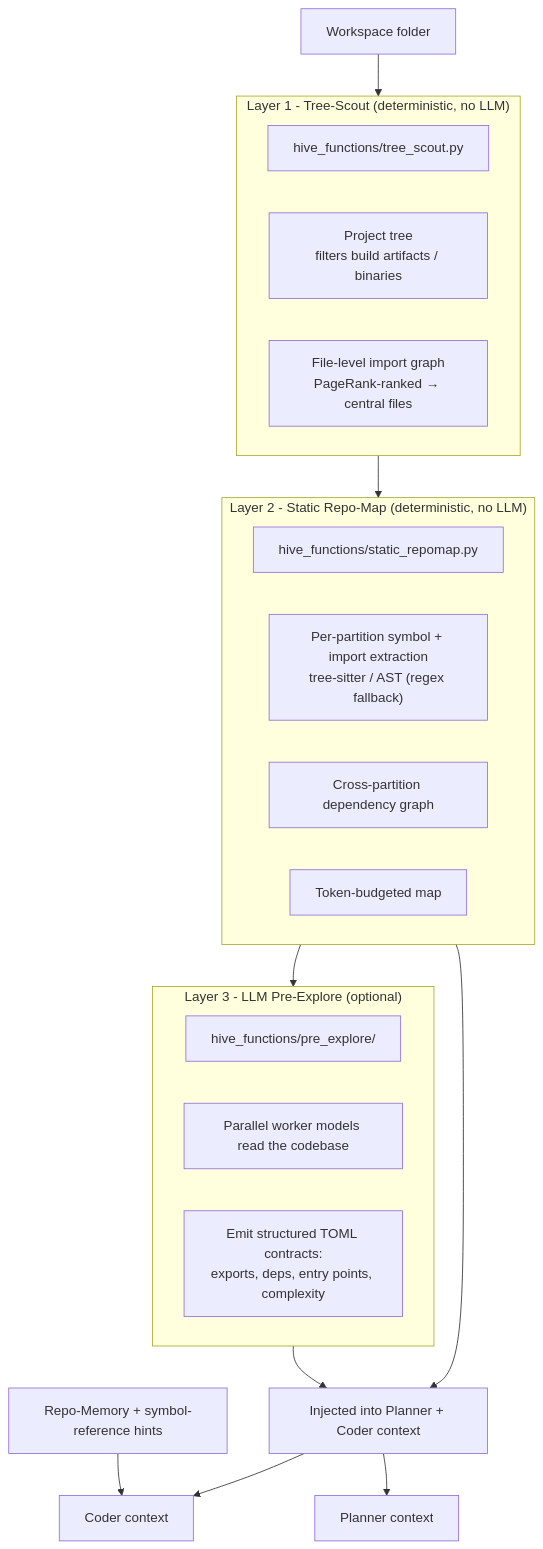
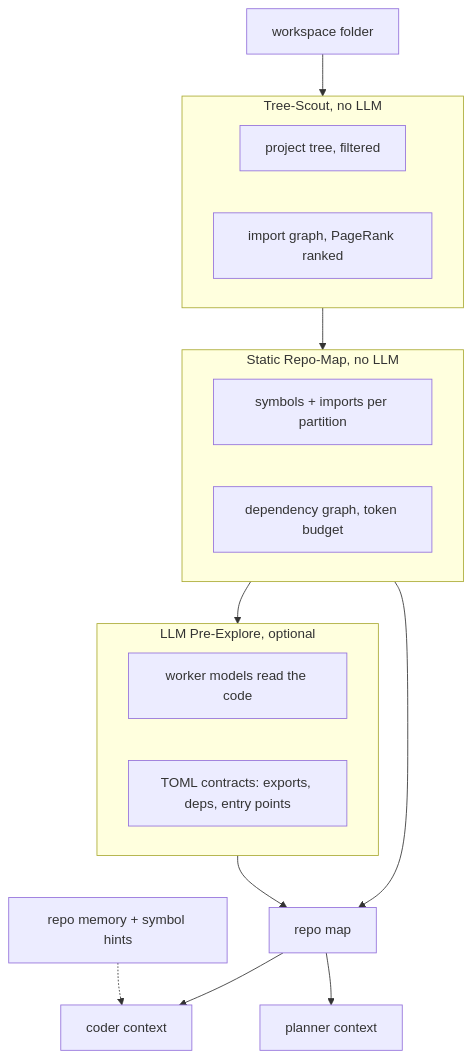
One commit to BoredLuzo/HiveMind_llama changed the second of 2 diagrams in docs/architecture.md. Above: the diagram before and after it, drawn with Mermaid. The commit also changed other lines of this file, not shown here.

First line of the commit message:
docs: rewrite architecture.md for readability

````diff
--- a/docs/architecture.md
+++ b/docs/architecture.md
@@ -60,32 +54,27 @@
 ```mermaid
 flowchart TD
-    WS["Workspace folder"] --> L1
+    WS["workspace folder"] --> L1
 
-    subgraph L1["Layer 1 - Tree-Scout (deterministic, no LLM)"]
-        TF["hive_functions/tree_scout.py"]
-        T1["Project tree<br/>filters build artifacts / binaries"]
-        T2["File-level import graph<br/>PageRank-ranked → central files"]
+    subgraph L1["Tree-Scout, no LLM"]
+        A1["project tree, filtered"]
+        A2["import graph, PageRank ranked"]
     end
 
-    subgraph L2["Layer 2 - Static Repo-Map (deterministic, no LLM)"]
-        SF["hive_functions/static_repomap.py"]
-        S1["Per-partition symbol + import extraction<br/>tree-sitter / AST (regex fallback)"]
-        S2["Cross-partition dependency graph"]
-        S3["Token-budgeted map"]
+    subgraph L2["Static Repo-Map, no LLM"]
+        B1["symbols + imports per partition"]
+        B2["dependency graph, token budget"]
     end
 
-    subgraph L3["Layer 3 - LLM Pre-Explore (optional)"]
-        PF["hive_functions/pre_explore/"]
-        P1["Parallel worker models read the codebase"]
-        P2["Emit structured TOML contracts:<br/>exports, deps, entry points, complexity"]
+    subgraph L3["LLM Pre-Explore, optional"]
+        C1["worker models read the code"]
+        C2["TOML contracts: exports, deps, entry points"]
     end
 
     L1 --> L2
     L2 --> L3
-    L2 --> Map["Injected into Planner + Coder context"]
-    L3 --> Map
-
-    Map --> Context["Coder context"]
-    Map --> Planner["Planner context"]
-    RS["Repo-Memory + symbol-reference hints"] --> Context
+    L2 --> M["repo map"]
+    L3 --> M
+    M --> CC["coder context"]
+    M --> PC["planner context"]
+    RM["repo memory + symbol hints"] -.-> CC
 ```
````
